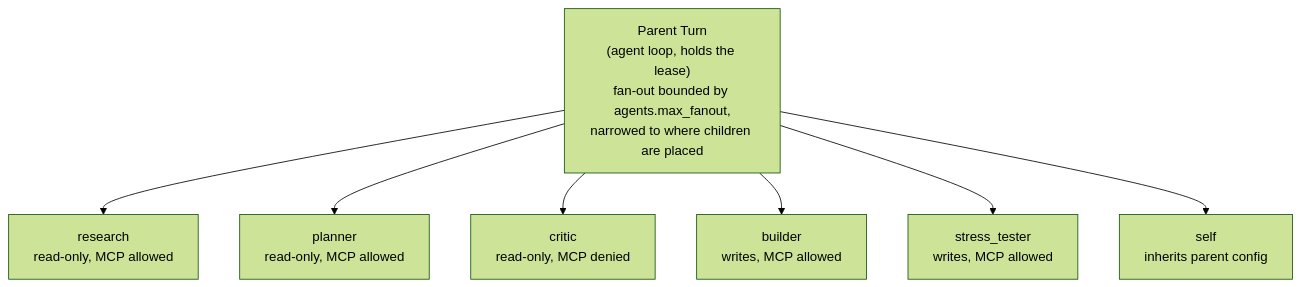
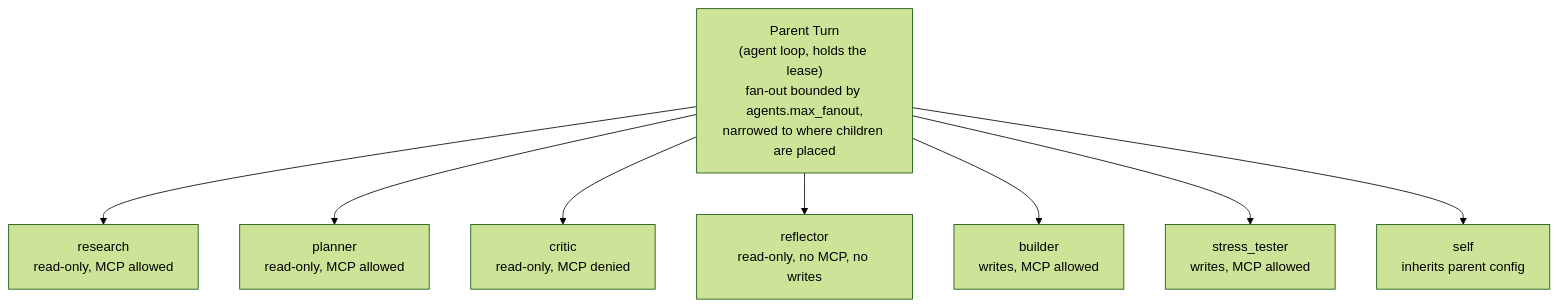
Before and after one commit to bharathvbcr/Manvi: the third of 6 diagrams in docs/AGENT_AND_TURN_LIFECYCLE.md, drawn with Mermaid (forest theme). The commit also changed other lines of this file and 16 other files, not shown here.

````diff
--- a/docs/AGENT_AND_TURN_LIFECYCLE.md
+++ b/docs/AGENT_AND_TURN_LIFECYCLE.md
@@ -156,14 +156,15 @@
 ```mermaid
 flowchart TB
     Parent["Parent Turn<br/>(agent loop, holds the lease)<br/>fan-out bounded by agents.max_fanout,<br/>narrowed to where children are placed"]
 
     Research["research<br/>read-only, MCP allowed"]
     Planner["planner<br/>read-only, MCP allowed"]
+    Reflector["reflector<br/>read-only, no MCP, no writes"]
     Critic["critic<br/>read-only, MCP denied"]
     Builder["builder<br/>writes, MCP allowed"]
     Stress["stress_tester<br/>writes, MCP allowed"]
     Self["self<br/>inherits parent config"]
 
-    Parent --> Research & Planner & Critic
+    Parent --> Research & Planner & Critic & Reflector
     Parent --> Builder & Stress & Self
 ```
````
